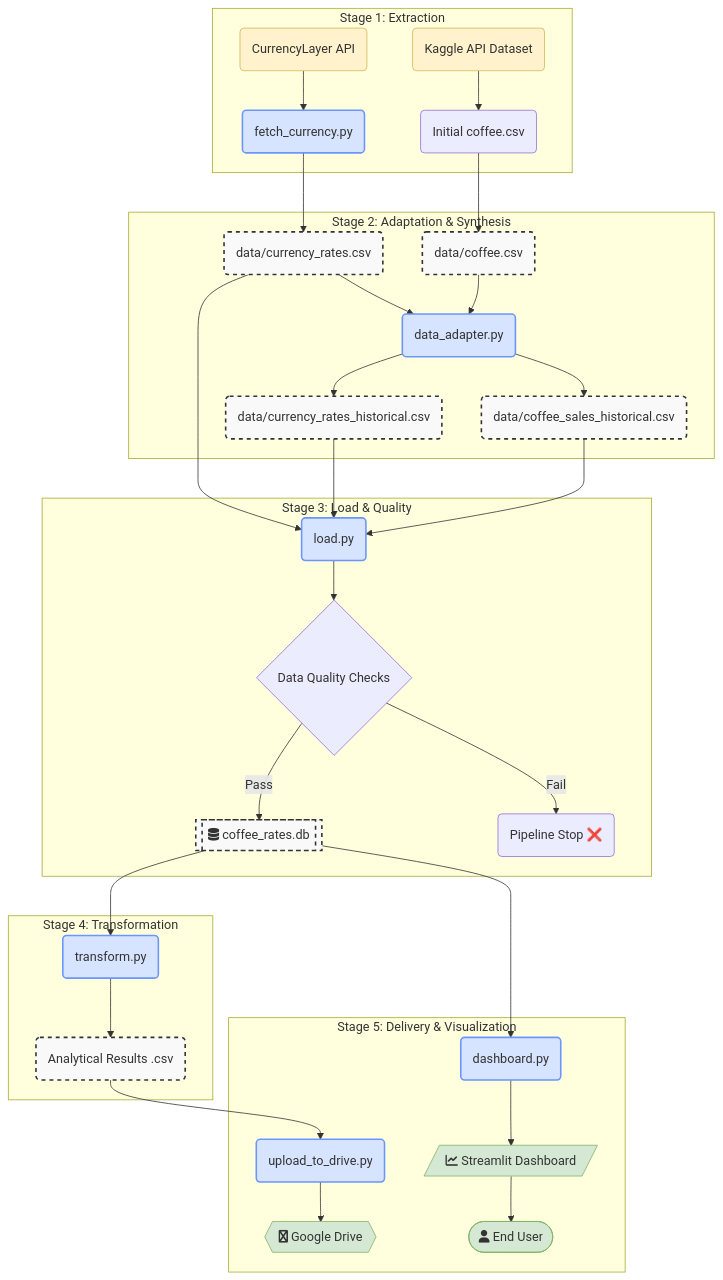
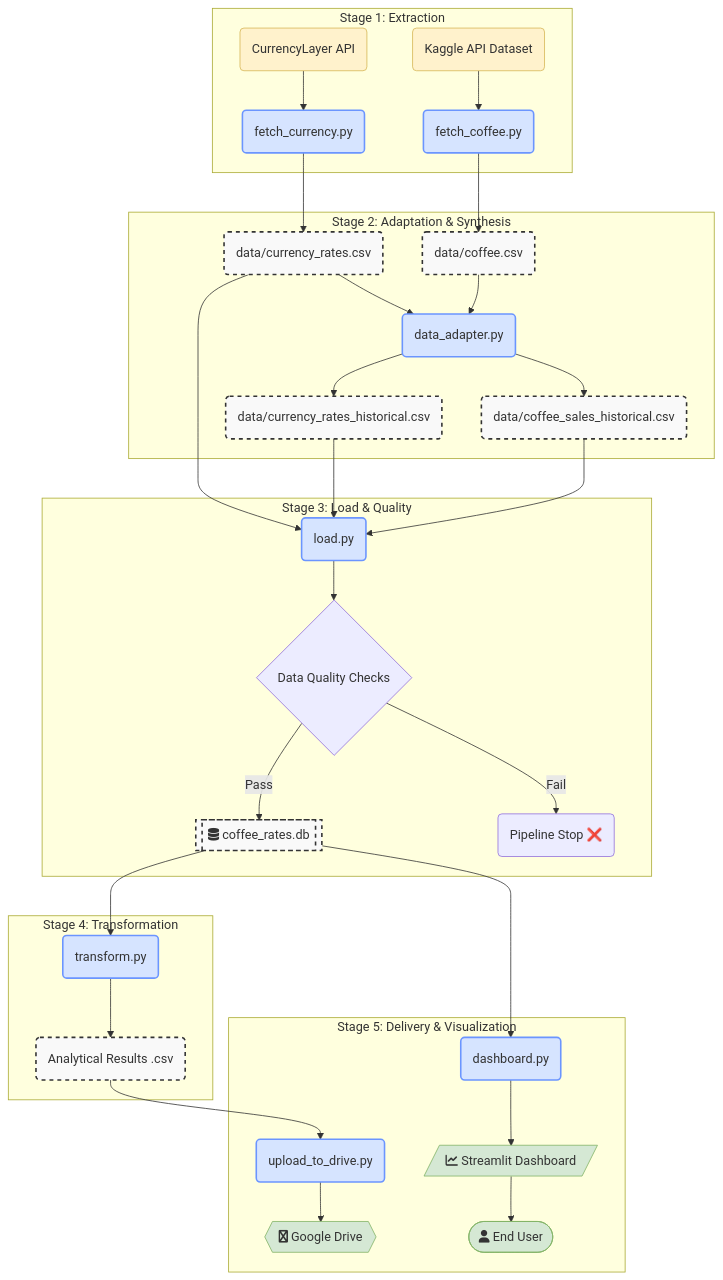
One commit to rcpnunes/analytics-engineer-test changed the diagram in README.md. Above: the diagram before and after it, drawn with Mermaid.

````diff
--- a/README.md
+++ b/README.md
@@ -13,45 +13,45 @@
 ```mermaid
 graph TD
     %% Define block styles
     classDef process fill:#d6e4ff,stroke:#6b95ff,stroke-width:2px;
     classDef data fill:#f9f9f9,stroke:#333,stroke-width:2px,stroke-dasharray: 5 5;
     classDef external fill:#fff2cc,stroke:#d6b656;
     classDef final fill:#d5e8d4,stroke:#82b366;
 
     subgraph "Stage 1: Extraction"
         A(CurrencyLayer API):::external --> B(fetch_currency.py):::process
-        C(Kaggle API Dataset):::external --> D(Initial coffee.csv)
+        C(Kaggle API Dataset):::external --> D(fetch_coffee.py):::process
     end
 
     subgraph "Stage 2: Adaptation & Synthesis"
         B --> E(data/currency_rates.csv):::data
         D --> F(data/coffee.csv):::data
         E --> G(data_adapter.py):::process
         F --> G
         G --> H(data/currency_rates_historical.csv):::data
         G --> I(data/coffee_sales_historical.csv):::data
     end
 
     subgraph "Stage 3: Load & Quality"
         E --> J(load.py):::process
         H --> J
         I --> J
         J --> K{Data Quality Checks}
         K -- Pass --> L[[fa:fa-database coffee_rates.db]]:::data
         K -- Fail --> M(Pipeline Stop ❌)
     end
 
     subgraph "Stage 4: Transformation"
         L --> N(transform.py):::process
         N --> O(Analytical Results .csv):::data
     end
     
     subgraph "Stage 5: Delivery & Visualization"
         O --> P(upload_to_drive.py):::process
         P --> Q{{fa:fa-google-drive Google Drive}}:::final
         
         L --> R(dashboard.py):::process
         R --> S[/fa:fa-chart-line Streamlit Dashboard/]:::final
         S --> T([fa:fa-user End User]):::final
     end
 ```
````
